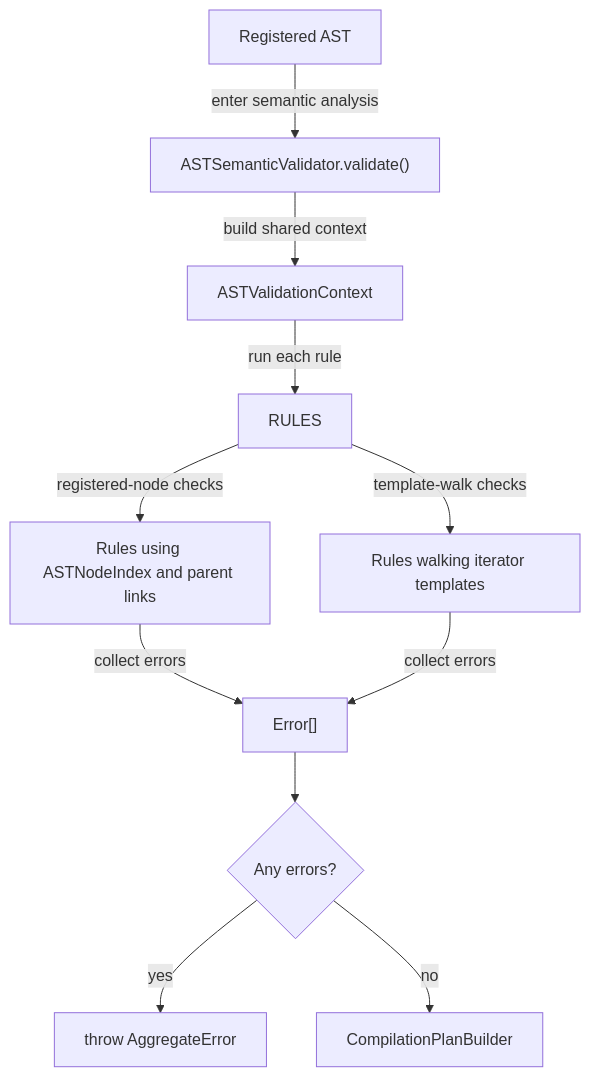
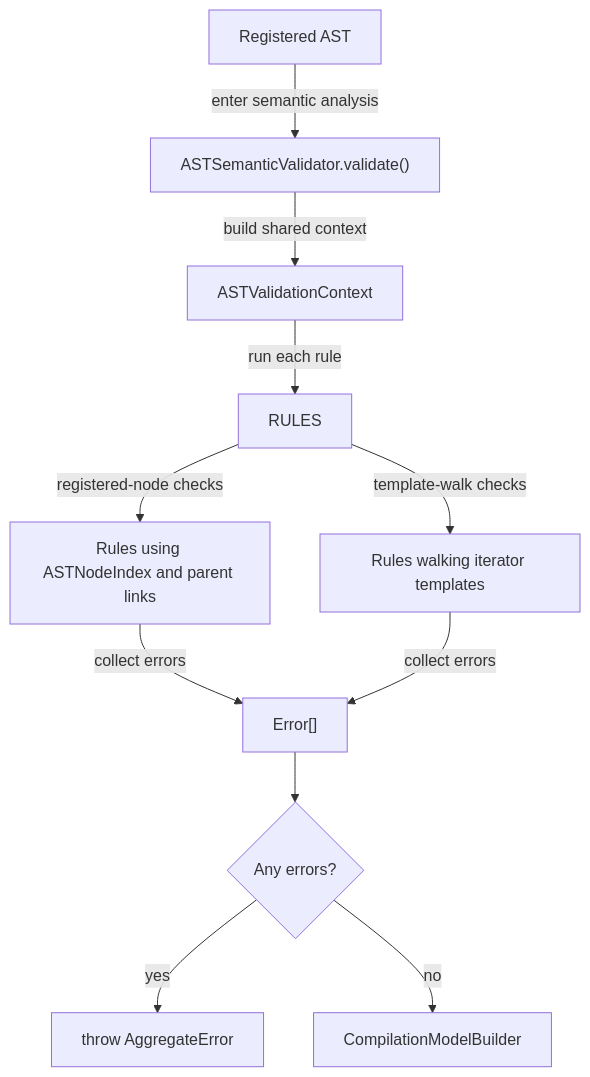
One commit to ministryofjustice/hmpps-forge changed the diagram in packages/forge-core/src/engine/concerns/semantic-analysis/README.md. Above: the diagram before and after it, drawn with Mermaid. The commit also changed other lines of this file and 118 other files, not shown here.

Commit message:
Rework analysis into one hierarchical compilation model per package

````diff
--- a/packages/forge-core/src/engine/concerns/semantic-analysis/README.md
+++ b/packages/forge-core/src/engine/concerns/semantic-analysis/README.md
@@ -121,13 +121,13 @@
 ```mermaid
 flowchart TD
   rootAst["Registered AST"] -->|enter semantic analysis| semanticValidator["ASTSemanticValidator.validate()"]
   semanticValidator -->|build shared context| validationContext["ASTValidationContext"]
   validationContext -->|run each rule| rules["RULES"]
   rules -->|registered-node checks| registeredRules["Rules using ASTNodeIndex and parent links"]
   rules -->|template-walk checks| templateRules["Rules walking iterator templates"]
   registeredRules -->|collect errors| errors["Error[]"]
   templateRules -->|collect errors| errors
   errors --> hasErrors{"Any errors?"}
   hasErrors -->|yes| aggregateError["throw AggregateError"]
-  hasErrors -->|no| dependencyAnalysis["CompilationPlanBuilder"]
+  hasErrors -->|no| analysisStage["CompilationModelBuilder"]
 ```
````
